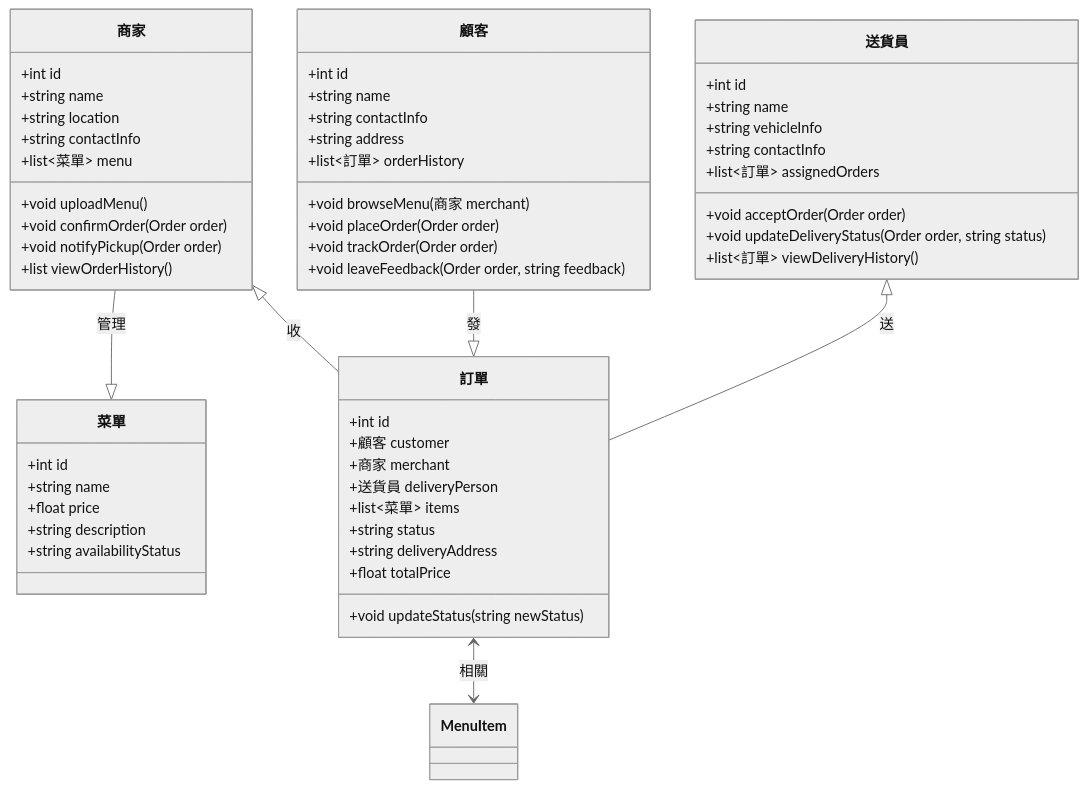
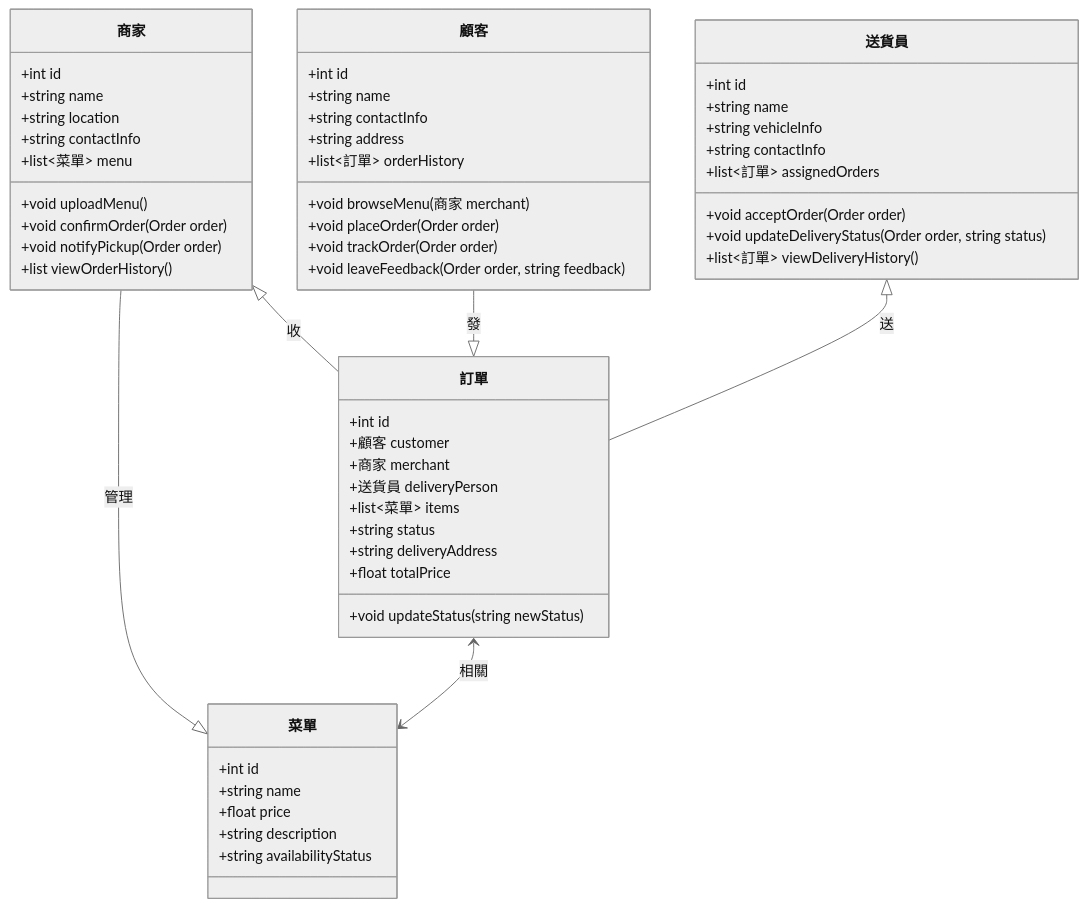
One commit to Kaiwhat/Food_Pangolin changed the first of 5 diagrams in README.md. Above: the diagram before and after it, drawn with Mermaid (neutral theme).

````diff
--- a/README.md
+++ b/README.md
@@ -4,64 +4,64 @@
 ```mermaid
 classDiagram
     class 商家 {
         +int id
         +string name
         +string location
         +string contactInfo
         +list<菜單> menu
         +void uploadMenu()
         +void confirmOrder(Order order)
         +void notifyPickup(Order order)
         +list<Order> viewOrderHistory()
     }
 
     class 送貨員 {
         +int id
         +string name
         +string vehicleInfo
         +string contactInfo
         +list<訂單> assignedOrders
         +void acceptOrder(Order order)
         +void updateDeliveryStatus(Order order, string status)
         +list<訂單> viewDeliveryHistory()
     }
 
     class 顧客 {
         +int id
         +string name
         +string contactInfo
         +string address
         +list<訂單> orderHistory
         +void browseMenu(商家 merchant)
         +void placeOrder(Order order)
         +void trackOrder(Order order)
         +void leaveFeedback(Order order, string feedback)
     }
 
     class 菜單 {
         +int id
         +string name
         +float price
         +string description
         +string availabilityStatus
     }
 
     class 訂單 {
         +int id
         +顧客 customer
         +商家 merchant
         +送貨員 deliveryPerson
         +list<菜單> items
         +string status
         +string deliveryAddress
         +float totalPrice
         +void updateStatus(string newStatus)
     }
 
     商家 --|> 菜單 : 管理
     商家 <|-- 訂單 : 收
     顧客 --|> 訂單 : 發
     送貨員 <|-- 訂單 : 送
-    訂單 <--> MenuItem : 相關
+    訂單 <--> 菜單 : 相關
 
 ```
````
